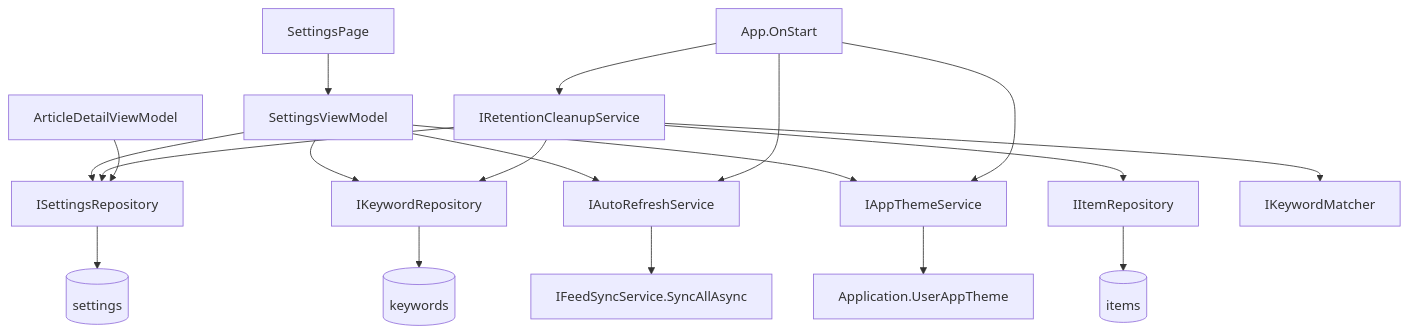
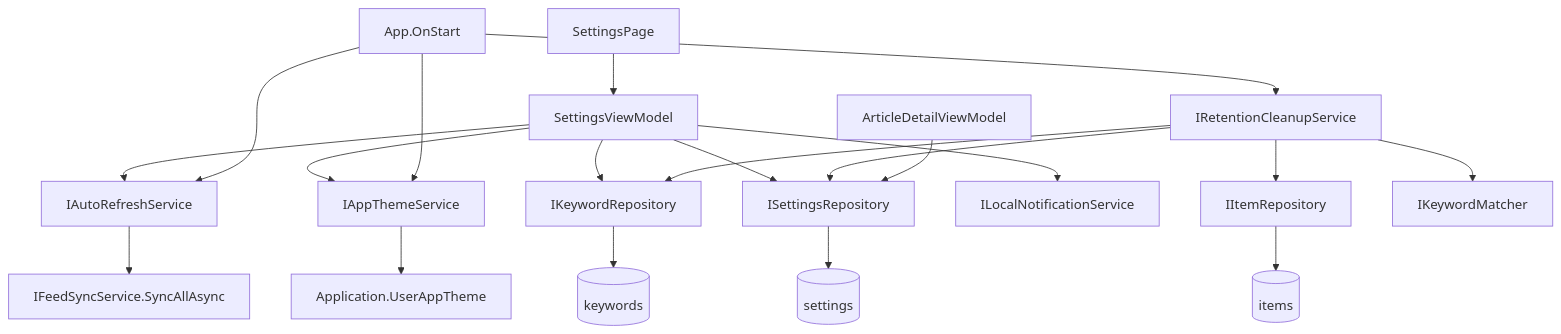
Before and after one commit to martin-stromberg/Reporter: the diagram in docs/help/einstellungen/architektur.md, drawn with Mermaid. The commit also changed other lines of this file and 94 other files, not shown here.

````diff
--- a/docs/help/einstellungen/architektur.md
+++ b/docs/help/einstellungen/architektur.md
@@ -32,21 +33,22 @@
 ```mermaid
 graph TD
     SP[SettingsPage] --> SVM[SettingsViewModel]
     SVM --> SR[ISettingsRepository]
     SVM --> KR[IKeywordRepository]
     SVM --> ARS[IAutoRefreshService]
     SVM --> ATS[IAppThemeService]
+    SVM --> LNS[ILocalNotificationService]
     ATS --> APP[Application.UserAppTheme]
     ARS --> FSS[IFeedSyncService.SyncAllAsync]
     APP2[App.OnStart] --> RCS[IRetentionCleanupService]
     APP2 --> ATS
     APP2 --> ARS
     RCS --> SR
     RCS --> KR
     RCS --> IR[IItemRepository]
     RCS --> KM[IKeywordMatcher]
     SR --> DB[(settings)]
     KR --> DB2[(keywords)]
     IR --> DB3[(items)]
     ADV[ArticleDetailViewModel] --> SR
 ```
````
